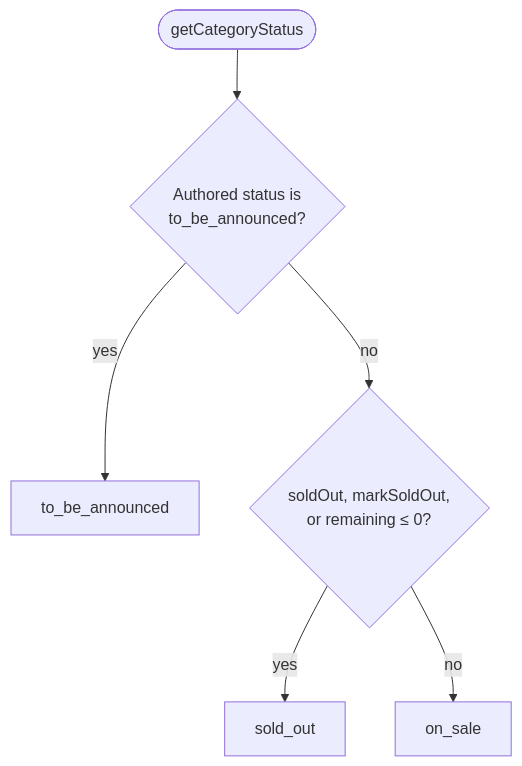
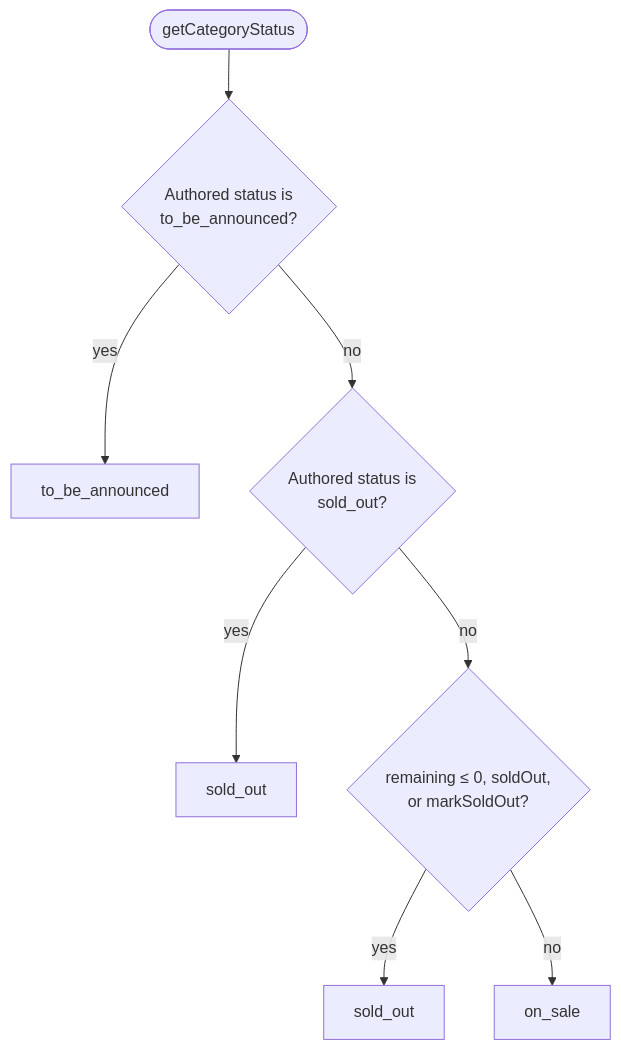
Before and after one commit to stage-crew/platform-docs: diagram 13 of 20 in tickify-event-details-and-registration.md, drawn with Mermaid. The commit also changed other lines of this file, not shown here.

````diff
--- a/tickify-event-details-and-registration.md
+++ b/tickify-event-details-and-registration.md
@@ -729,8 +835,10 @@
 ```mermaid
 flowchart TD
   C(["getCategoryStatus"]) --> A{"Authored status is<br/>to_be_announced?"}
   A -- yes --> TBA["to_be_announced"]
-  A -- no --> I{"soldOut, markSoldOut,<br/>or remaining ≤ 0?"}
+  A -- no --> AS{"Authored status is<br/>sold_out?"}
+  AS -- yes --> SO0["sold_out"]
+  AS -- no --> I{"remaining ≤ 0, soldOut,<br/>or markSoldOut?"}
   I -- yes --> SO["sold_out"]
   I -- no --> OS["on_sale"]
 ```
````
